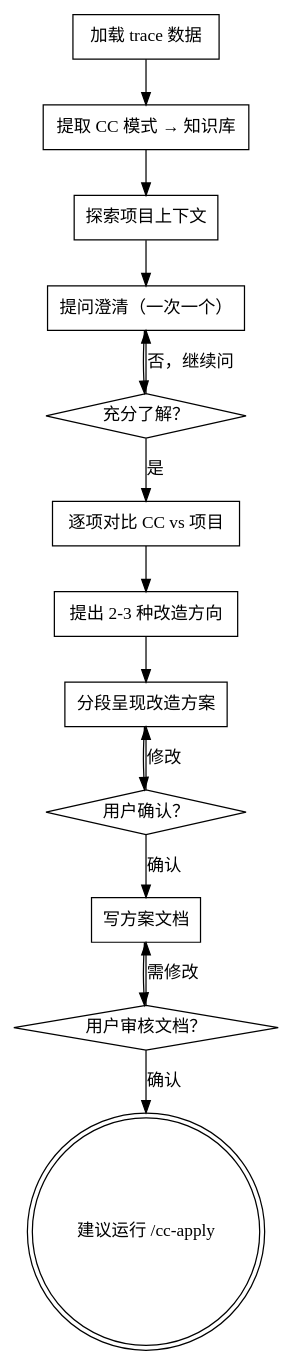
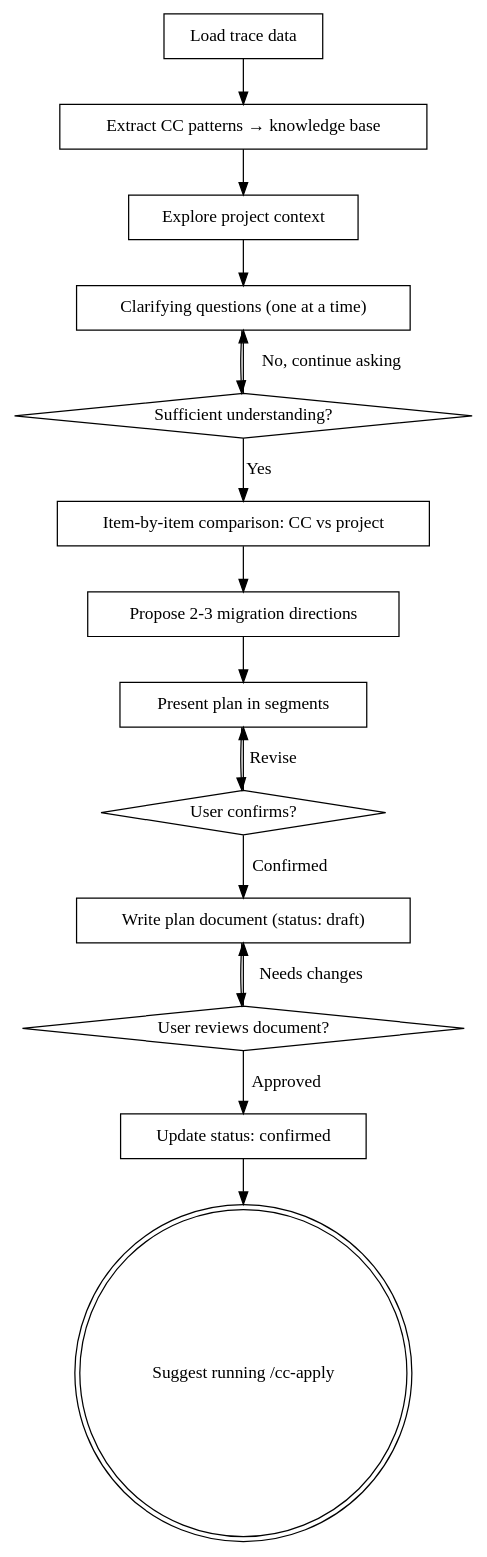
One commit to claude89757/claude-code-context-skills changed the diagram in skills/cc-learn/SKILL.md. Above: the diagram before and after it, drawn with Graphviz. The commit also changed other lines of this file and 10 other files, not shown here.

````diff
--- a/skills/cc-learn/SKILL.md
+++ b/skills/cc-learn/SKILL.md
@@ -30,31 +32,33 @@
 ```dot
 digraph cc_learn {
-    "加载 trace 数据" [shape=box];
-    "提取 CC 模式 → 知识库" [shape=box];
-    "探索项目上下文" [shape=box];
-    "提问澄清（一次一个）" [shape=box];
-    "充分了解？" [shape=diamond];
-    "逐项对比 CC vs 项目" [shape=box];
-    "提出 2-3 种改造方向" [shape=box];
-    "分段呈现改造方案" [shape=box];
-    "用户确认？" [shape=diamond];
-    "写方案文档" [shape=box];
-    "用户审核文档？" [shape=diamond];
-    "建议运行 /cc-apply" [shape=doublecircle];
+    "Load trace data" [shape=box];
+    "Extract CC patterns → knowledge base" [shape=box];
+    "Explore project context" [shape=box];
+    "Clarifying questions (one at a time)" [shape=box];
+    "Sufficient understanding?" [shape=diamond];
+    "Item-by-item comparison: CC vs project" [shape=box];
+    "Propose 2-3 migration directions" [shape=box];
+    "Present plan in segments" [shape=box];
+    "User confirms?" [shape=diamond];
+    "Write plan document (status: draft)" [shape=box];
+    "User reviews document?" [shape=diamond];
+    "Update status: confirmed" [shape=box];
+    "Suggest running /cc-apply" [shape=doublecircle];
 
-    "加载 trace 数据" -> "提取 CC 模式 → 知识库";
-    "提取 CC 模式 → 知识库" -> "探索项目上下文";
-    "探索项目上下文" -> "提问澄清（一次一个）";
-    "提问澄清（一次一个）" -> "充分了解？";
-    "充分了解？" -> "提问澄清（一次一个）" [label="否，继续问"];
-    "充分了解？" -> "逐项对比 CC vs 项目" [label="是"];
-    "逐项对比 CC vs 项目" -> "提出 2-3 种改造方向";
-    "提出 2-3 种改造方向" -> "分段呈现改造方案";
-    "分段呈现改造方案" -> "用户确认？";
-    "用户确认？" -> "分段呈现改造方案" [label="修改"];
-    "用户确认？" -> "写方案文档" [label="确认"];
-    "写方案文档" -> "用户审核文档？";
-    "用户审核文档？" -> "写方案文档" [label="需修改"];
-    "用户审核文档？" -> "建议运行 /cc-apply" [label="确认"];
+    "Load trace data" -> "Extract CC patterns → knowledge base";
+    "Extract CC patterns → knowledge base" -> "Explore project context";
+    "Explore project context" -> "Clarifying questions (one at a time)";
+    "Clarifying questions (one at a time)" -> "Sufficient understanding?";
+    "Sufficient understanding?" -> "Clarifying questions (one at a time)" [label="No, continue asking"];
+    "Sufficient understanding?" -> "Item-by-item comparison: CC vs project" [label="Yes"];
+    "Item-by-item comparison: CC vs project" -> "Propose 2-3 migration directions";
+    "Propose 2-3 migration directions" -> "Present plan in segments";
+    "Present plan in segments" -> "User confirms?";
+    "User confirms?" -> "Present plan in segments" [label="Revise"];
+    "User confirms?" -> "Write plan document (status: draft)" [label="Confirmed"];
+    "Write plan document (status: draft)" -> "User reviews document?";
+    "User reviews document?" -> "Write plan document (status: draft)" [label="Needs changes"];
+    "User reviews document?" -> "Update status: confirmed" [label="Approved"];
+    "Update status: confirmed" -> "Suggest running /cc-apply";
 }
 ```
````
